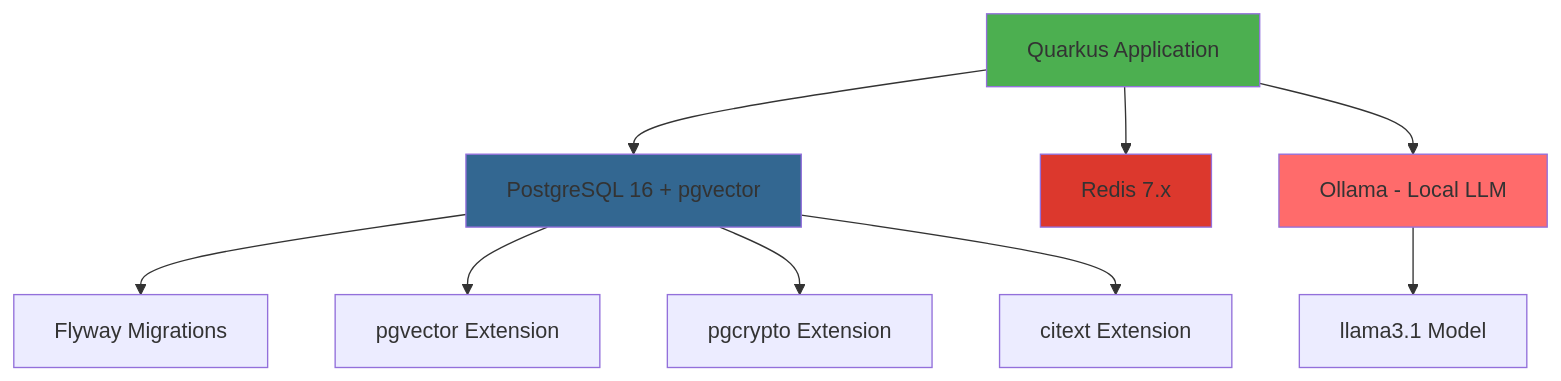
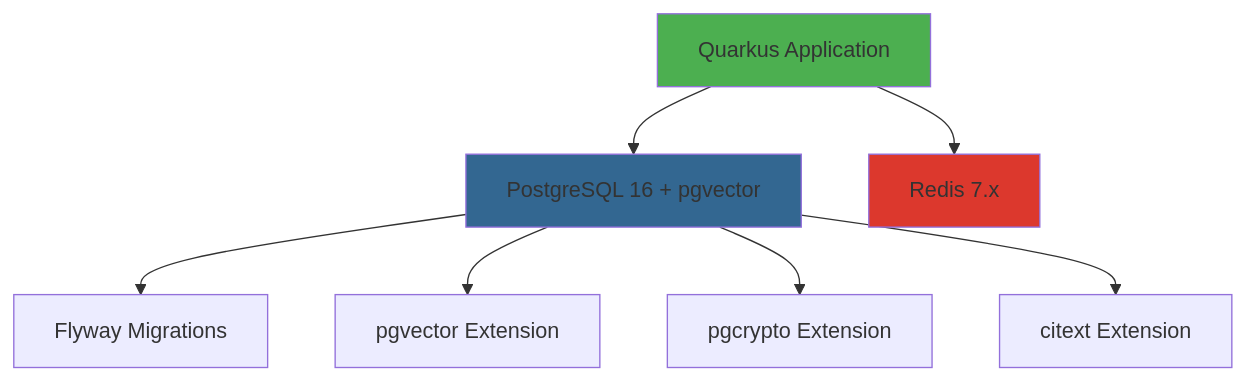
The diagram in docs/dev-services-strategy.md (Nicolasgh91/ibm-hackathon-talent-pool), drawn with Mermaid before and after one commit. The commit also changed other lines of this file and 32 other files, not shown here.

````diff
--- a/docs/dev-services-strategy.md
+++ b/docs/dev-services-strategy.md
@@ -27,18 +27,14 @@
 ```mermaid
 graph TB
     A[Quarkus Application] --> B[PostgreSQL 16 + pgvector]
     A --> C[Redis 7.x]
-    A --> D[Ollama - Local LLM]
-    
+
     B --> E[Flyway Migrations]
     B --> F[pgvector Extension]
     B --> G[pgcrypto Extension]
     B --> H[citext Extension]
-    
-    D --> I[llama3.1 Model]
-    
+
     style A fill:#4CAF50
     style B fill:#336791
     style C fill:#DC382D
-    style D fill:#FF6B6B
 ```
````
